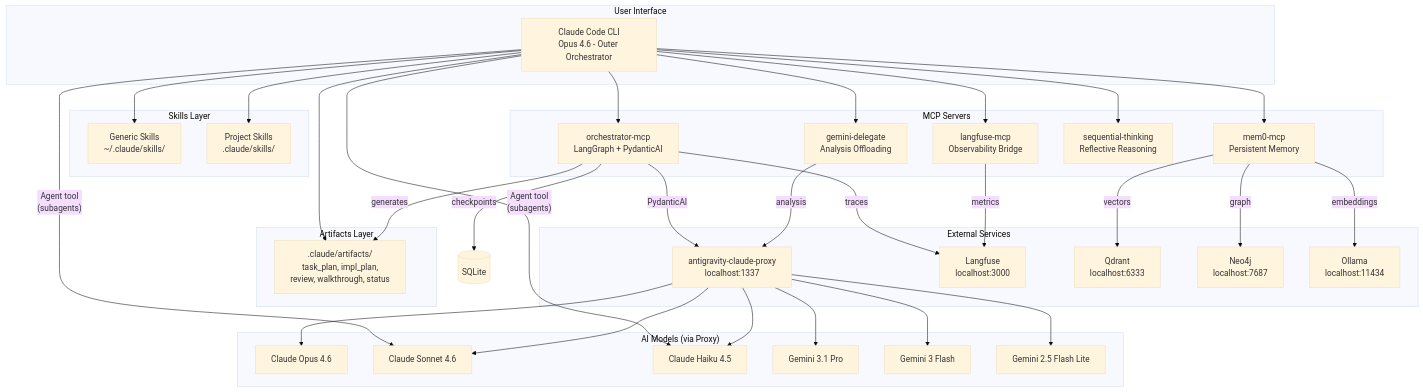
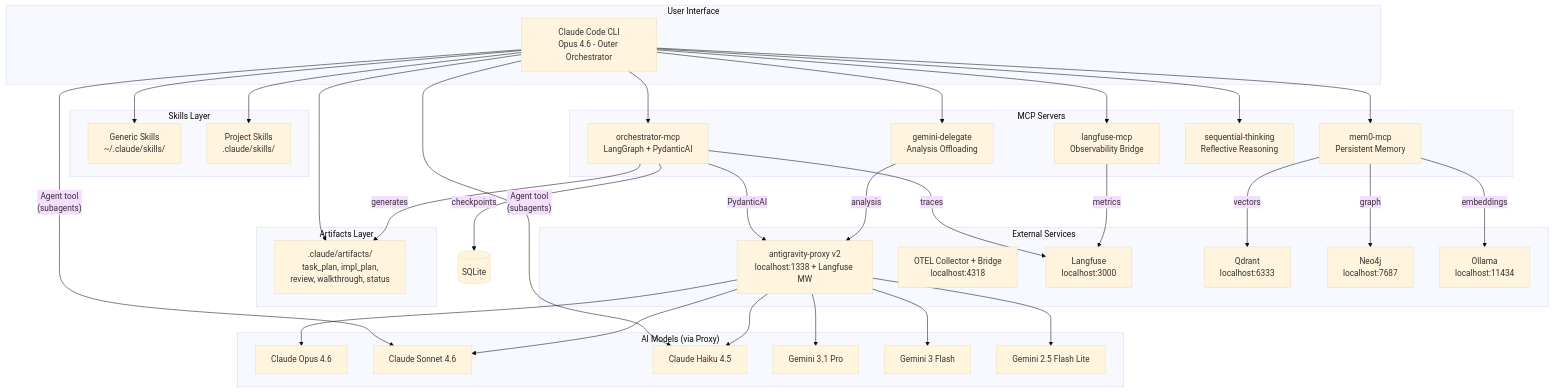
The first of 5 diagrams in .claude/docs/architecture-overview.md (SpandrelInteractive/claude_workspace), drawn with Mermaid (base theme) before and after one commit. The commit also changed other lines of this file and 23 other files, not shown here.

````diff
--- a/.claude/docs/architecture-overview.md
+++ b/.claude/docs/architecture-overview.md
@@ -7,57 +7,58 @@
 ```mermaid
 graph TB
     subgraph "User Interface"
         CC[Claude Code CLI<br/>Opus 4.6 - Outer Orchestrator]
     end
 
     subgraph "Skills Layer"
         GS[Generic Skills<br/>~/.claude/skills/]
         PS[Project Skills<br/>.claude/skills/]
     end
 
     subgraph "Artifacts Layer"
         ART[.claude/artifacts/<br/>task_plan, impl_plan,<br/>review, walkthrough, status]
     end
 
     subgraph "MCP Servers"
         OM[orchestrator-mcp<br/>LangGraph + PydanticAI]
         GM[gemini-delegate<br/>Analysis Offloading]
         MM[mem0-mcp<br/>Persistent Memory]
         ST[sequential-thinking<br/>Reflective Reasoning]
         LM[langfuse-mcp<br/>Observability Bridge]
     end
 
     subgraph "External Services"
-        PROXY[antigravity-claude-proxy<br/>localhost:1337]
+        PROXY[antigravity-proxy v2<br/>localhost:1338 + Langfuse MW]
+        OTEL[OTEL Collector + Bridge<br/>localhost:4318]
         LF[Langfuse<br/>localhost:3000]
         QD[Qdrant<br/>localhost:6333]
         N4J[Neo4j<br/>localhost:7687]
         OL[Ollama<br/>localhost:11434]
     end
 
     subgraph "AI Models (via Proxy)"
         OP[Claude Opus 4.6]
         SN[Claude Sonnet 4.6]
         HK[Claude Haiku 4.5]
         G31[Gemini 3.1 Pro]
         G3F[Gemini 3 Flash]
         G25[Gemini 2.5 Flash Lite]
     end
 
     CC --> GS & PS
     CC --> ART
     OM -->|"generates"| ART
     CC --> OM & GM & MM & ST & LM
     CC -->|"Agent tool<br/>(subagents)"| SN & HK
 
     OM -->|"PydanticAI"| PROXY
     OM -->|"traces"| LF
     OM -->|"checkpoints"| SQLite[(SQLite)]
     GM -->|"analysis"| PROXY
     MM -->|"vectors"| QD
     MM -->|"graph"| N4J
     MM -->|"embeddings"| OL
     LM -->|"metrics"| LF
 
     PROXY --> OP & SN & HK & G31 & G3F & G25
 ```
````
